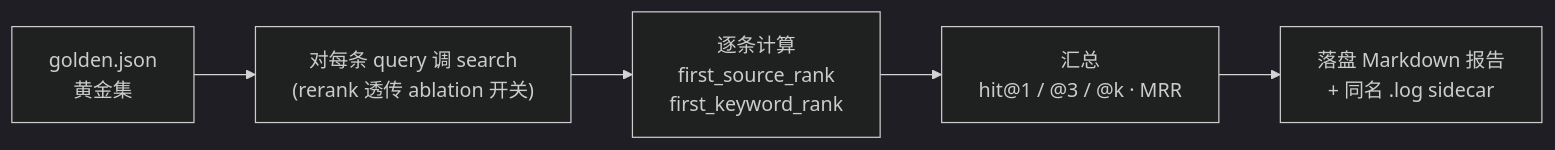
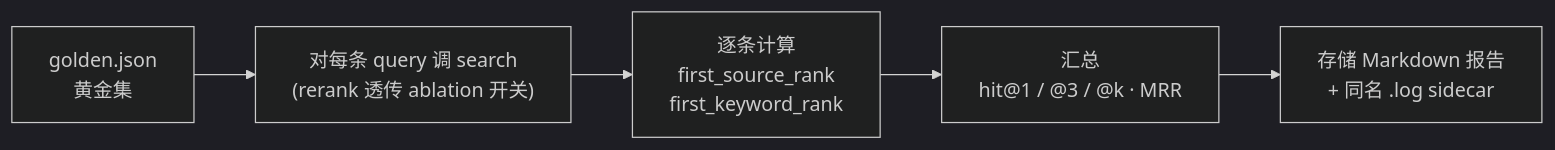
Diagram 12 of 17 in docs/design.md (michaelwangzhenan/AgentA), drawn with Mermaid (dark theme) before and after one commit. The commit also changed other lines of this file and 12 other files, not shown here.

````diff
--- a/docs/design.md
+++ b/docs/design.md
@@ -292,7 +292,7 @@
 ```mermaid
 flowchart LR
     G["golden.json<br/>黄金集"] --> R["对每条 query 调 search<br/>(rerank 透传 ablation 开关)"]
     R --> M["逐条计算<br/>first_source_rank<br/>first_keyword_rank"]
     M --> A["汇总<br/>hit@1 / @3 / @k · MRR"]
-    A --> O["落盘 Markdown 报告<br/>+ 同名 .log sidecar"]
+    A --> O["存储 Markdown 报告<br/>+ 同名 .log sidecar"]
 ```
````
